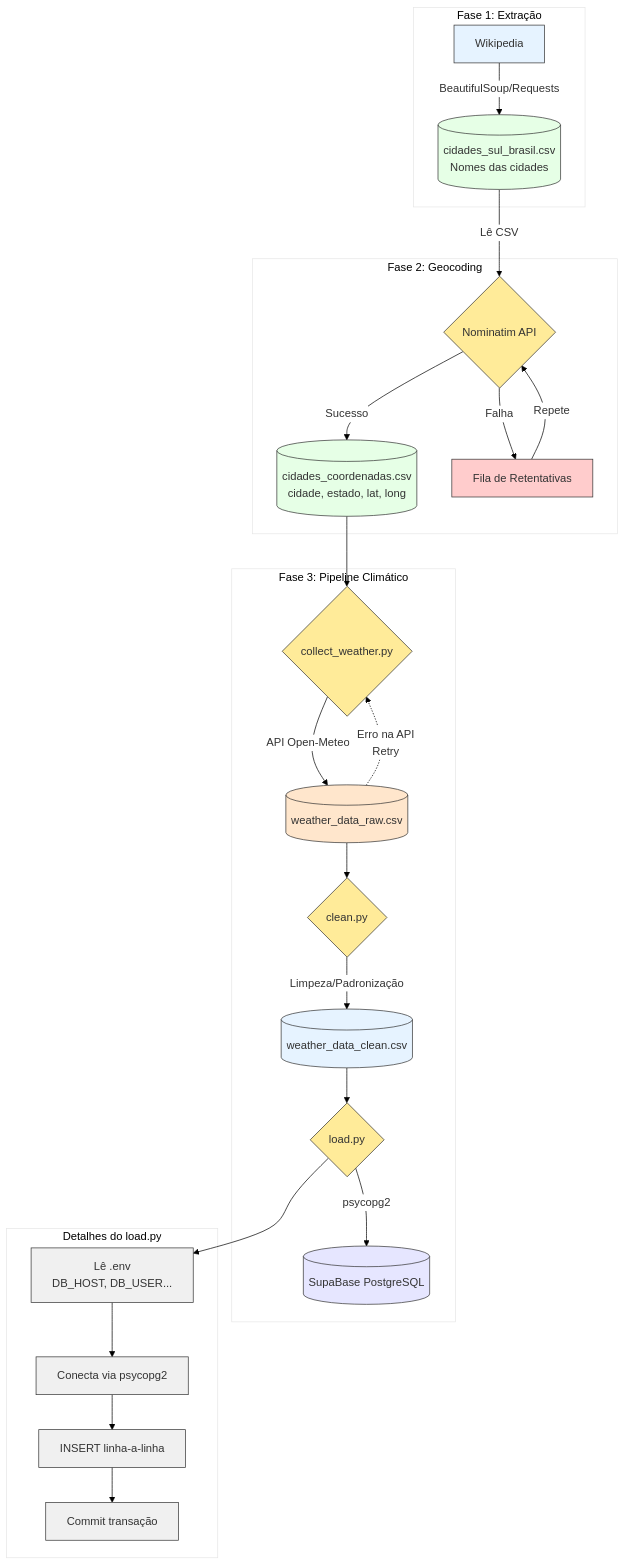
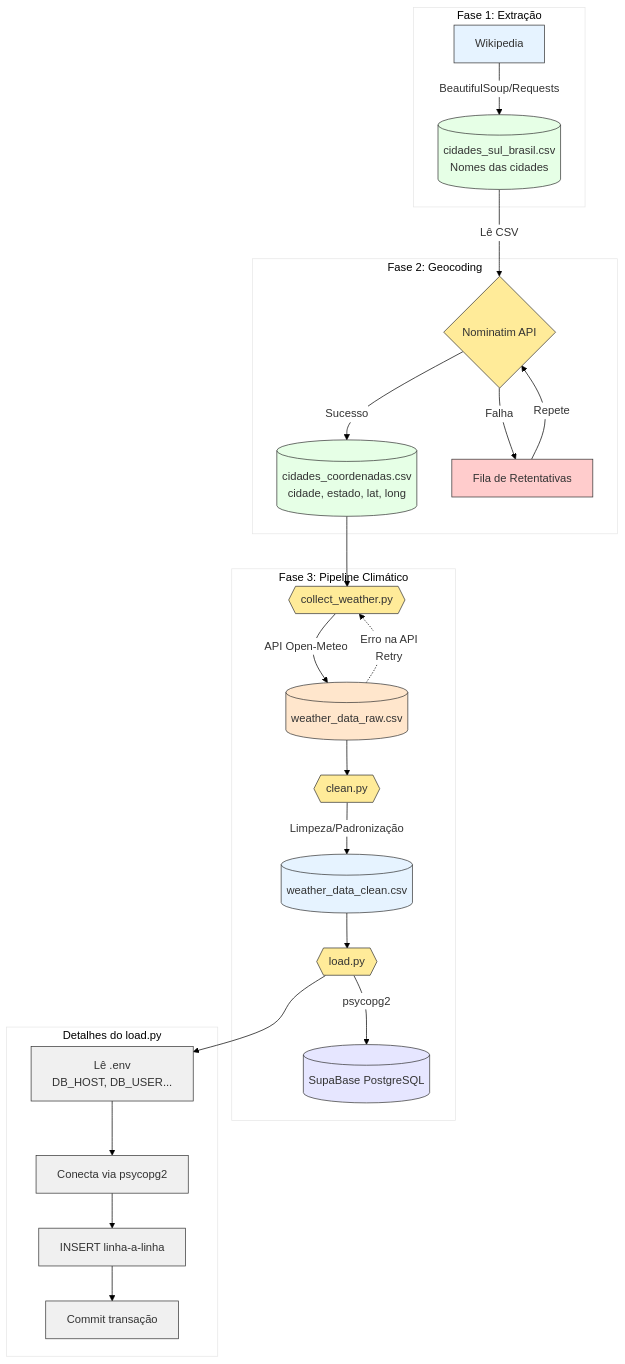
The third of 3 diagrams in README.md (luizcaixeta/case_tecnico_10_pasteis), drawn with Mermaid before and after one commit.

````diff
--- a/README.md
+++ b/README.md
@@ -97,54 +97,57 @@
 ```mermaid
 %%{init: {'theme': 'base', 'themeVariables': { 'primaryColor': '#ffffff', 'background': '#ffffff', 'primaryBorderColor': '#000000', 'lineColor': '#000000'}}}%%
 flowchart TD
-    %% Fase 1
+    %% Fase 1: Extração
     subgraph "Fase 1: Extração"
-        A[Wikipedia]
-        A -->|BeautifulSoup/Requests| B[("cidades_sul_brasil.csv"\nNomes das cidades)]
+        A[Wikipedia] -->|BeautifulSoup/Requests| B[("cidades_sul_brasil.csv"\nNomes das cidades)]
     end
 
-    %% Fase 2
+    %% Fase 2: Geocoding
     subgraph "Fase 2: Geocoding"
         B -->|Lê CSV| C{Nominatim API}
         C -->|Sucesso| D[("cidades_coordenadas.csv"\ncidade, estado, lat, long)]
         C -->|Falha| E[Fila de Retentativas]
         E -->|Repete| C
     end
 
-    %% Fase 3
+    %% Conexão entre fases
+    D --> COLLECT
+
+    %% Fase 3: Pipeline Climático
     subgraph "Fase 3: Pipeline Climático"
-        D --> F3A{collect_weather.py}
-        F3A -->|API Open-Meteo| F3B[("weather_data_raw.csv")]
-        F3B --> F3C{clean.py}
-        F3C -->|Limpeza/Padronização| F3D[("weather_data_clean.csv")]
-        F3D --> F3E{load.py}
-        F3E -->|psycopg2| F3F[(SupaBase PostgreSQL)]
-        F3B -.->|Erro na API\nRetry| F3A
+        COLLECT{{collect_weather.py}} -->|API Open-Meteo| RAW[("weather_data_raw.csv")]
+        RAW --> CLEAN{{clean.py}}
+        CLEAN -->|Limpeza/Padronização| CLEANED[("weather_data_clean.csv")]
+        CLEANED --> LOAD{{load.py}}
+        LOAD -->|psycopg2| DB[(SupaBase PostgreSQL)]
+        RAW -.->|Erro na API\nRetry| COLLECT
     end
 
-    %% Detalhes do load.py
+    %% Detalhes load.py à direita
     subgraph "Detalhes do load.py"
-        F3E --> L1[Lê .env\nDB_HOST, DB_USER...]
-        L1 --> L2[Conecta via psycopg2]
-        L2 --> L3[INSERT linha-a-linha]
-        L3 --> L4[Commit transação]
+        LOAD --> ENV[Lê .env\nDB_HOST, DB_USER...]
+        ENV --> CONN[Conecta via psycopg2]
+        CONN --> INSERT[INSERT linha-a-linha]
+        INSERT --> COMMIT[Commit transação]
     end
 
     %% Estilos
     style A fill:#e6f3ff,stroke:#333
     style B fill:#e6ffe6,stroke:#333
     style C fill:#ffeb99,stroke:#333
     style D fill:#e6ffe6,stroke:#333
     style E fill:#ffcccc,stroke:#333
-    style F3A fill:#ffeb99,stroke:#333
-    style F3B fill:#ffe6cc,stroke:#333
-    style F3C fill:#ffeb99,stroke:#333
-    style F3D fill:#e6f3ff,stroke:#333
-    style F3E fill:#ffeb99,stroke:#333
-    style F3F fill:#e6e6ff,stroke:#333
-    style L1 fill:#f0f0f0,stroke:#333
-    style L2 fill:#f0f0f0,stroke:#333
-    style L3 fill:#f0f0f0,stroke:#333
-    style L4 fill:#f0f0f0,stroke:#333
+
+    style COLLECT fill:#ffeb99,stroke:#333
+    style RAW fill:#ffe6cc,stroke:#333
+    style CLEAN fill:#ffeb99,stroke:#333
+    style CLEANED fill:#e6f3ff,stroke:#333
+    style LOAD fill:#ffeb99,stroke:#333
+    style DB fill:#e6e6ff,stroke:#333
+
+    style ENV fill:#f0f0f0,stroke:#333
+    style CONN fill:#f0f0f0,stroke:#333
+    style INSERT fill:#f0f0f0,stroke:#333
+    style COMMIT fill:#f0f0f0,stroke:#333
 
 ```
````
